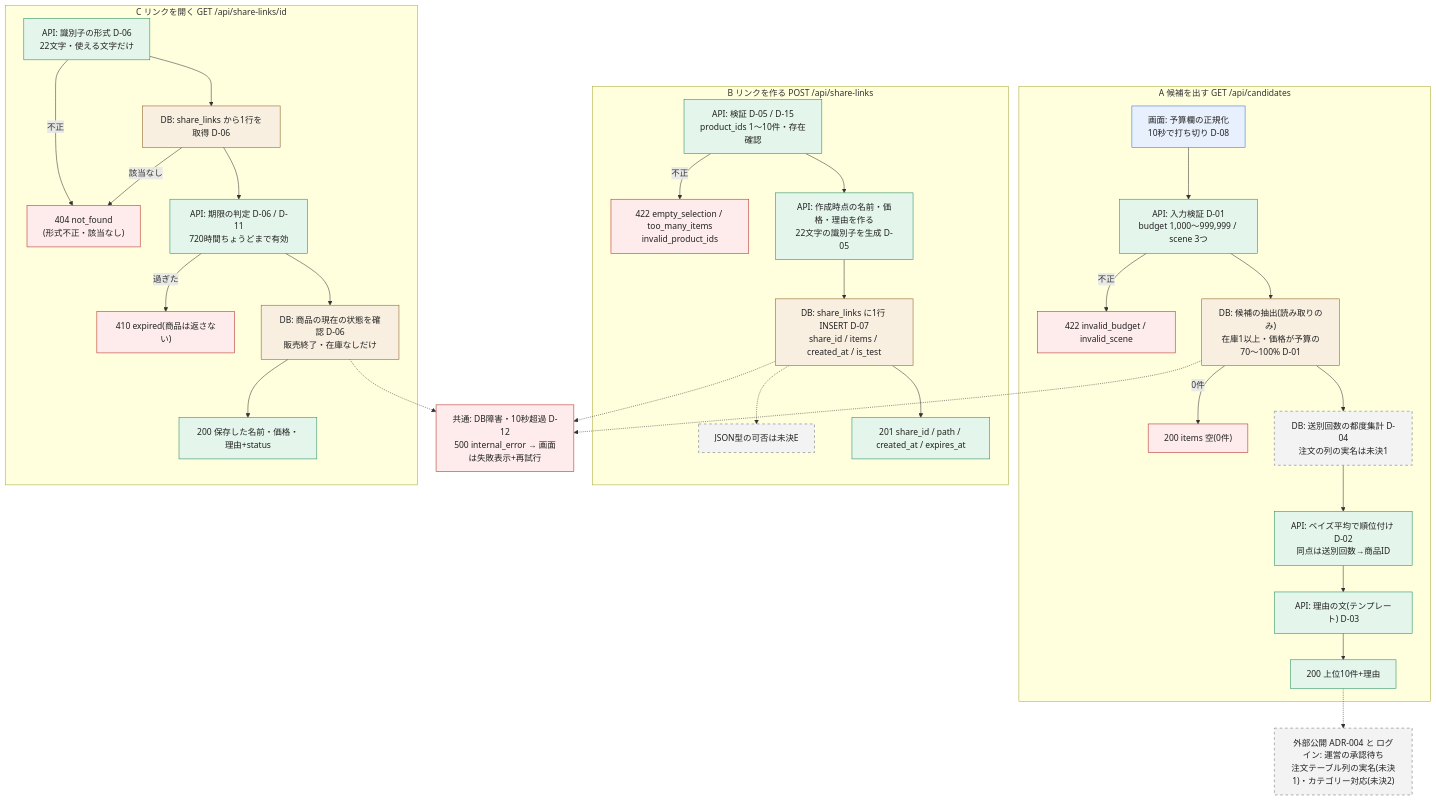
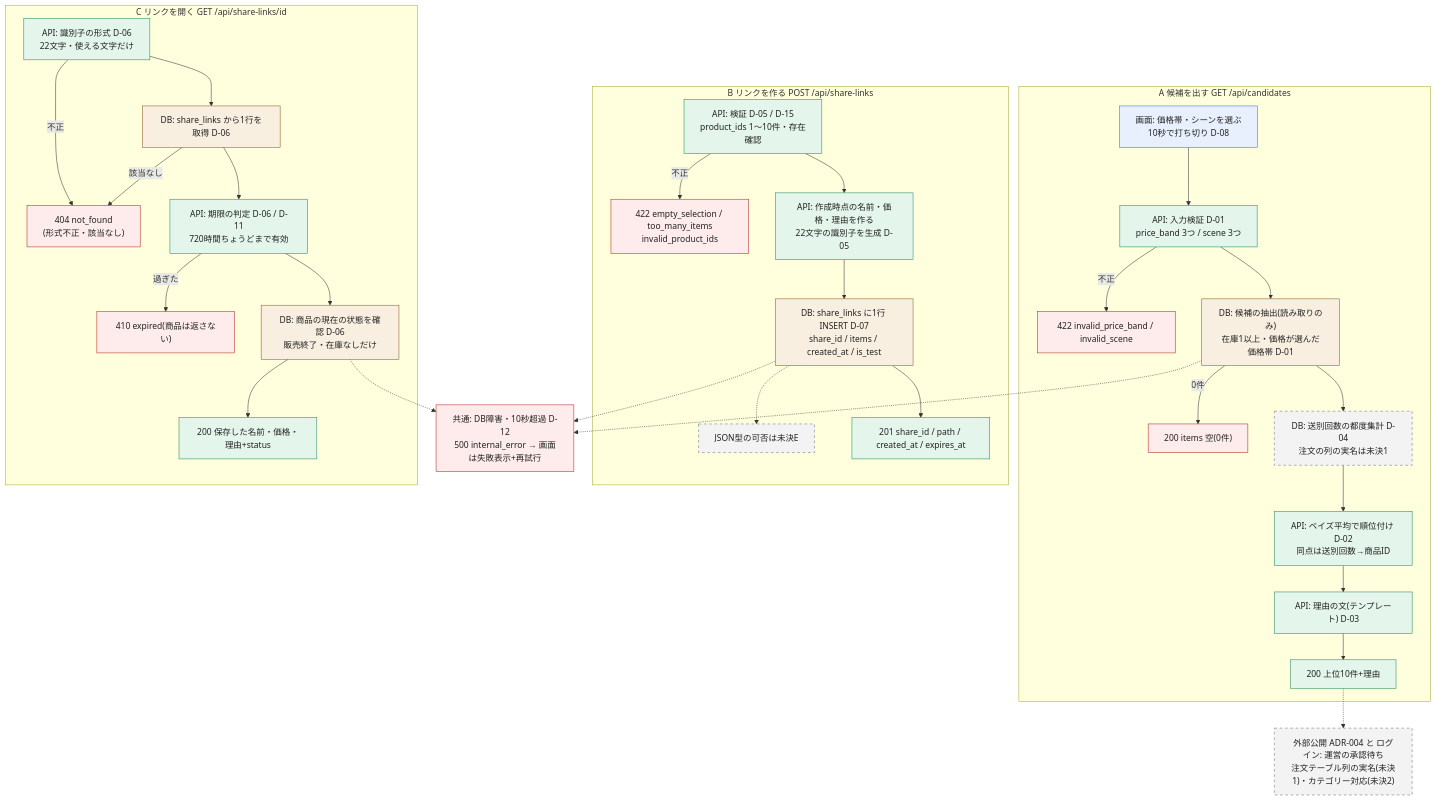
The second of 3 diagrams in 02_プロジェクト/giftia-ui-renewal/仕様.md (Team18-RaizenYomiMukuro-Tech0/model_team18_tech0), drawn with Mermaid before and after one commit. The commit also changed other lines of this file and 13 other files, not shown here.

Commit message:
docs: Giftia 予算を価格帯3ボタンに（#48・#49）。5文書・Issue 下書き・モック・フロー図・R-02 テストを更新

````diff
--- a/02_プロジェクト/giftia-ui-renewal/仕様.md
+++ b/02_プロジェクト/giftia-ui-renewal/仕様.md
@@ -131,60 +127,60 @@
 ```mermaid
 flowchart TB
   classDef ui fill:#e8f0fd,stroke:#2f6fdb,color:#222
   classDef api fill:#e4f5ec,stroke:#1f8a5b,color:#222
   classDef db fill:#f8efe0,stroke:#8a5a1f,color:#222
   classDef err fill:#fdeceb,stroke:#b3261e,color:#222
   classDef pend stroke-dasharray: 5 5,stroke:#6b6f76,fill:#f3f3f3,color:#222
 
   subgraph A["A 候補を出す GET /api/candidates"]
-    A1["画面: 予算欄の正規化<br/>10秒で打ち切り D-08"]:::ui
-    A2["API: 入力検証 D-01<br/>budget 1,000〜999,999 / scene 3つ"]:::api
-    A2e["422 invalid_budget / invalid_scene"]:::err
-    A3["DB: 候補の抽出(読み取りのみ)<br/>在庫1以上・価格が予算の70〜100% D-01"]:::db
+    A1["画面: 価格帯・シーンを選ぶ<br/>10秒で打ち切り D-08"]:::ui
+    A2["API: 入力検証 D-01<br/>price_band 3つ / scene 3つ"]:::api
+    A2e["422 invalid_price_band / invalid_scene"]:::err
+    A3["DB: 候補の抽出(読み取りのみ)<br/>在庫1以上・価格が選んだ価格帯 D-01"]:::db
     A3z["200 items 空(0件)"]:::err
     A4["DB: 送別回数の都度集計 D-04<br/>注文の列の実名は未決1"]:::pend
     A5["API: ベイズ平均で順位付け D-02<br/>同点は送別回数→商品ID"]:::api
     A6["API: 理由の文(テンプレート) D-03"]:::api
     A7["200 上位10件+理由"]:::api
     A1 --> A2
     A2 -- 不正 --> A2e
     A2 --> A3
     A3 -- 0件 --> A3z
     A3 --> A4 --> A5 --> A6 --> A7
   end
 
   subgraph B["B リンクを作る POST /api/share-links"]
     B1["API: 検証 D-05 / D-15<br/>product_ids 1〜10件・存在確認"]:::api
     B1e["422 empty_selection / too_many_items<br/>invalid_product_ids"]:::err
     B2["API: 作成時点の名前・価格・理由を作る<br/>22文字の識別子を生成 D-05"]:::api
     B3["DB: share_links に1行 INSERT D-07<br/>share_id / items / created_at / is_test"]:::db
     B3p["JSON型の可否は未決E"]:::pend
     B4["201 share_id / path / created_at / expires_at"]:::api
     B1 -- 不正 --> B1e
     B1 --> B2 --> B3 --> B4
     B3 -.-> B3p
   end
 
   subgraph C["C リンクを開く GET /api/share-links/id"]
     C0["API: 識別子の形式 D-06<br/>22文字・使える文字だけ"]:::api
     C1["DB: share_links から1行を取得 D-06"]:::db
     C1e["404 not_found<br/>(形式不正・該当なし)"]:::err
     C2["API: 期限の判定 D-06 / D-11<br/>720時間ちょうどまで有効"]:::api
     C2e["410 expired(商品は返さない)"]:::err
     C3["DB: 商品の現在の状態を確認 D-06<br/>販売終了・在庫なしだけ"]:::db
     C4["200 保存した名前・価格・理由+status"]:::api
     C0 -- 不正 --> C1e
     C0 --> C1
     C1 -- 該当なし --> C1e
     C1 --> C2
     C2 -- 過ぎた --> C2e
     C2 --> C3 --> C4
   end
 
   ERR["共通: DB障害・10秒超過 D-12<br/>500 internal_error → 画面は失敗表示+再試行"]:::err
   PEND["外部公開 ADR-004 と ログイン: 運営の承認待ち<br/>注文テーブル列の実名(未決1)・カテゴリー対応(未決2)"]:::pend
   A3 -.-> ERR
   B3 -.-> ERR
   C3 -.-> ERR
   A7 -.-> PEND
 ```
````
